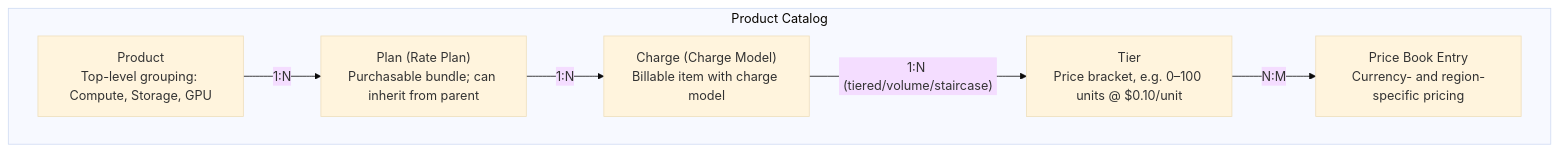
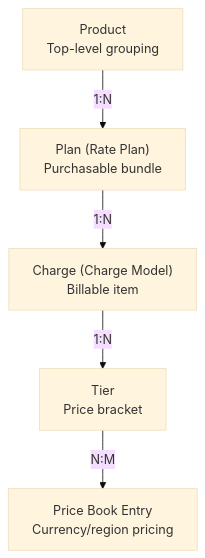
The second of 11 diagrams in enhancements/0003-product-catalog/product-catalog.md (meteridian/enhancements), drawn with Mermaid (base theme) before and after one commit. The commit also changed other lines of this file, not shown here.

Commit message:
Fix Entity Hierarchy layout and Late-Arriving Events Mermaid diagram

````diff
--- a/enhancements/0003-product-catalog/product-catalog.md
+++ b/enhancements/0003-product-catalog/product-catalog.md
@@ -136,14 +136,13 @@
 ```mermaid
 flowchart TD
-    subgraph Catalog["Product Catalog"]
-        Product["Product<br/>Top-level grouping: Compute, Storage, GPU"]
-        Plan["Plan (Rate Plan)<br/>Purchasable bundle; can inherit from parent"]
-        Charge["Charge (Charge Model)<br/>Billable item with charge model"]
-        Tier["Tier<br/>Price bracket, e.g. 0–100 units @ $0.10/unit"]
-        PBE["Price Book Entry<br/>Currency- and region-specific pricing"]
-    end
+    Product["Product<br/>Top-level grouping"]
+    Plan["Plan (Rate Plan)<br/>Purchasable bundle"]
+    Charge["Charge (Charge Model)<br/>Billable item"]
+    Tier["Tier<br/>Price bracket"]
+    PBE["Price Book Entry<br/>Currency/region pricing"]
+
     Product -->|"1:N"| Plan
     Plan -->|"1:N"| Charge
-    Charge -->|"1:N (tiered/volume/staircase)"| Tier
+    Charge -->|"1:N"| Tier
     Tier -->|"N:M"| PBE
 ```
````
